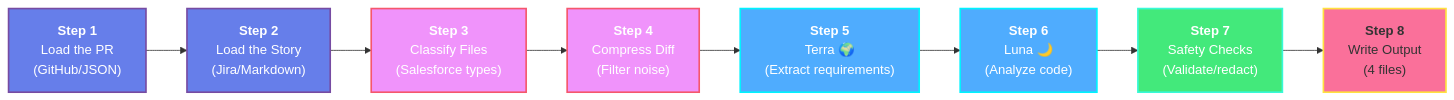
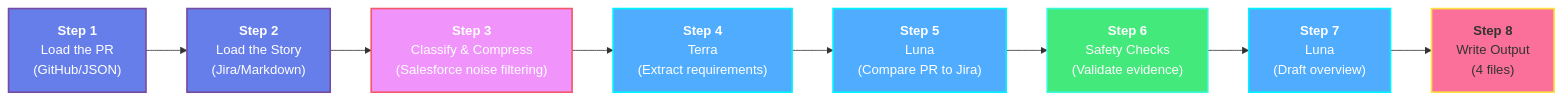
The diagram in docs/IMPLEMENTATION_GUIDE.md (Krishnamurthy-sfdx/StoryDoc), drawn with Mermaid before and after one commit. The commit also changed other lines of this file and 20 other files, not shown here.

````diff
--- a/docs/IMPLEMENTATION_GUIDE.md
+++ b/docs/IMPLEMENTATION_GUIDE.md
@@ -57,22 +57,22 @@
 ```mermaid
 graph LR
     A["<b>Step 1</b><br/>Load the PR<br/>(GitHub/JSON)"]
     B["<b>Step 2</b><br/>Load the Story<br/>(Jira/Markdown)"]
-    C["<b>Step 3</b><br/>Classify Files<br/>(Salesforce types)"]
-    D["<b>Step 4</b><br/>Compress Diff<br/>(Filter noise)"]
-    E["<b>Step 5</b><br/>Terra 🌍<br/>(Extract requirements)"]
-    F["<b>Step 6</b><br/>Luna 🌙<br/>(Analyze code)"]
-    G["<b>Step 7</b><br/>Safety Checks<br/>(Validate/redact)"]
+    C["<b>Step 3</b><br/>Classify & Compress<br/>(Salesforce noise filtering)"]
+    D["<b>Step 4</b><br/>Terra<br/>(Extract requirements)"]
+    E["<b>Step 5</b><br/>Luna<br/>(Compare PR to Jira)"]
+    F["<b>Step 6</b><br/>Safety Checks<br/>(Validate evidence)"]
+    G["<b>Step 7</b><br/>Luna<br/>(Draft overview)"]
     H["<b>Step 8</b><br/>Write Output<br/>(4 files)"]
 
     A --> B --> C --> D --> E --> F --> G --> H
 
     style A fill:#667eea,stroke:#764ba2,stroke-width:2px,color:#fff
     style B fill:#667eea,stroke:#764ba2,stroke-width:2px,color:#fff
     style C fill:#f093fb,stroke:#f5576c,stroke-width:2px,color:#fff
-    style D fill:#f093fb,stroke:#f5576c,stroke-width:2px,color:#fff
+    style D fill:#4facfe,stroke:#00f2fe,stroke-width:2px,color:#fff
     style E fill:#4facfe,stroke:#00f2fe,stroke-width:2px,color:#fff
-    style F fill:#4facfe,stroke:#00f2fe,stroke-width:2px,color:#fff
-    style G fill:#43e97b,stroke:#38f9d7,stroke-width:2px,color:#fff
+    style F fill:#43e97b,stroke:#38f9d7,stroke-width:2px,color:#fff
+    style G fill:#4facfe,stroke:#00f2fe,stroke-width:2px,color:#fff
     style H fill:#fa709a,stroke:#fee140,stroke-width:2px,color:#333
 ```
````
